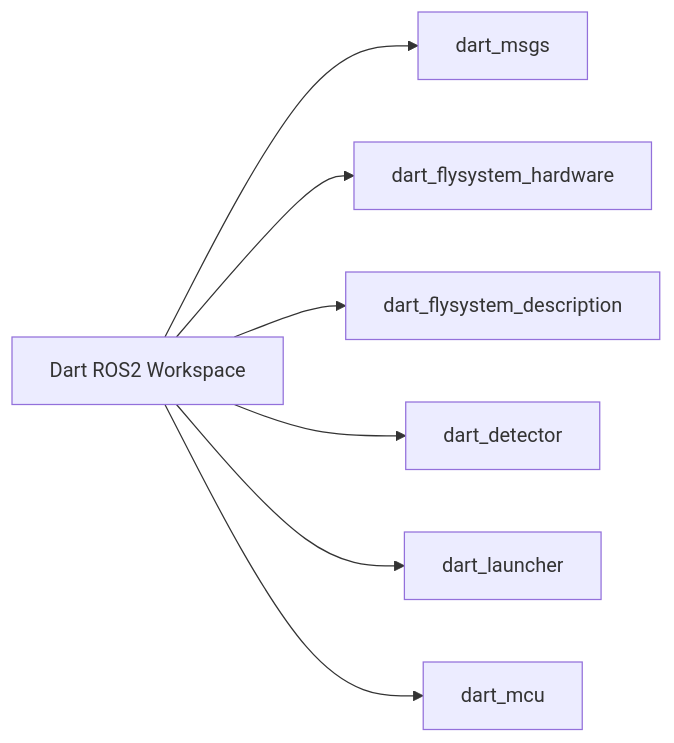
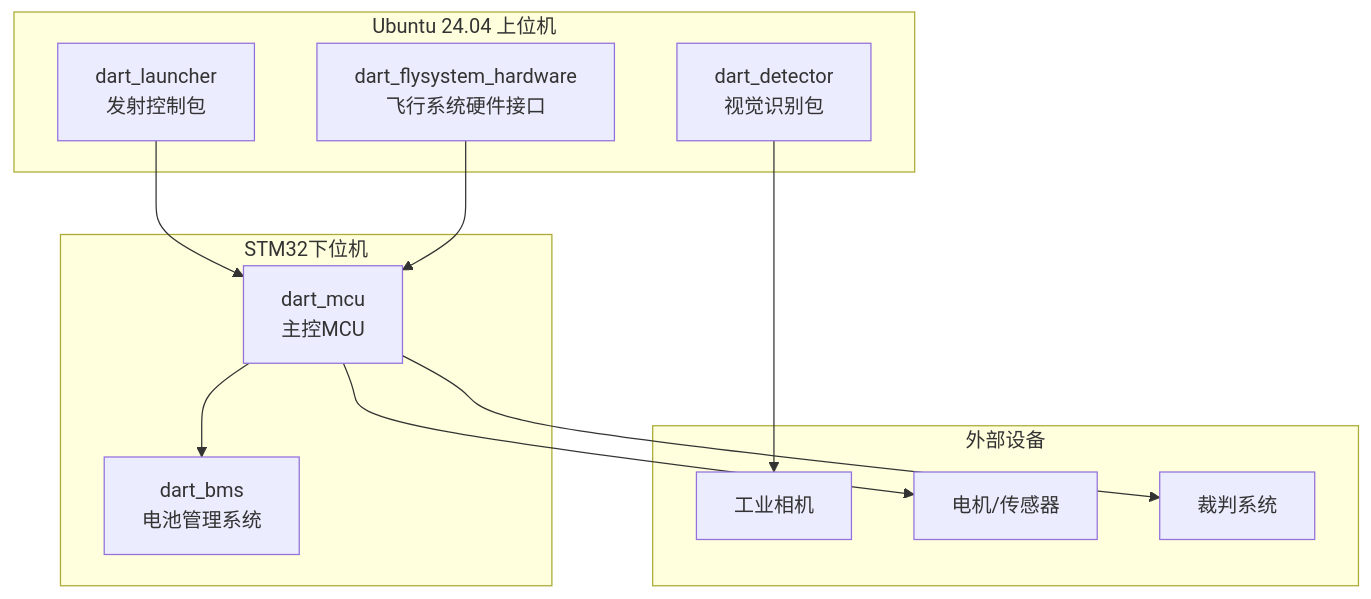
The first of 3 diagrams in README.md (ChenYuWuAi/dart-ros2-workspace), drawn with Mermaid before and after one commit. The commit also changed other lines of this file and 1 other file, not shown here.

Commit message:
Add comprehensive architecture documentation

````diff
--- a/README.md
+++ b/README.md
@@ -13,9 +15,26 @@
 ```mermaid
-graph LR
-    A[Dart ROS2 Workspace] --> B[dart_msgs]
-    A --> C[dart_flysystem_hardware]
-    A --> D[dart_flysystem_description]
-    A --> E[dart_detector]
-    A --> F[dart_launcher]
-    A --> G[dart_mcu]
+graph TB
+    subgraph 上位机[Ubuntu 24.04 上位机]
+        A[dart_launcher<br/>发射控制包]
+        B[dart_detector<br/>视觉识别包]
+        C[dart_flysystem_hardware<br/>飞行系统硬件接口]
+    end
+    
+    subgraph 下位机[STM32下位机]
+        D[dart_mcu<br/>主控MCU]
+        E[dart_bms<br/>电池管理系统]
+    end
+    
+    subgraph 外部设备
+        F[工业相机]
+        G[电机/传感器]
+        H[裁判系统]
+    end
+    
+    B --> F
+    A --> D
+    C --> D
+    D --> G
+    D --> H
+    D --> E
 ```
````
